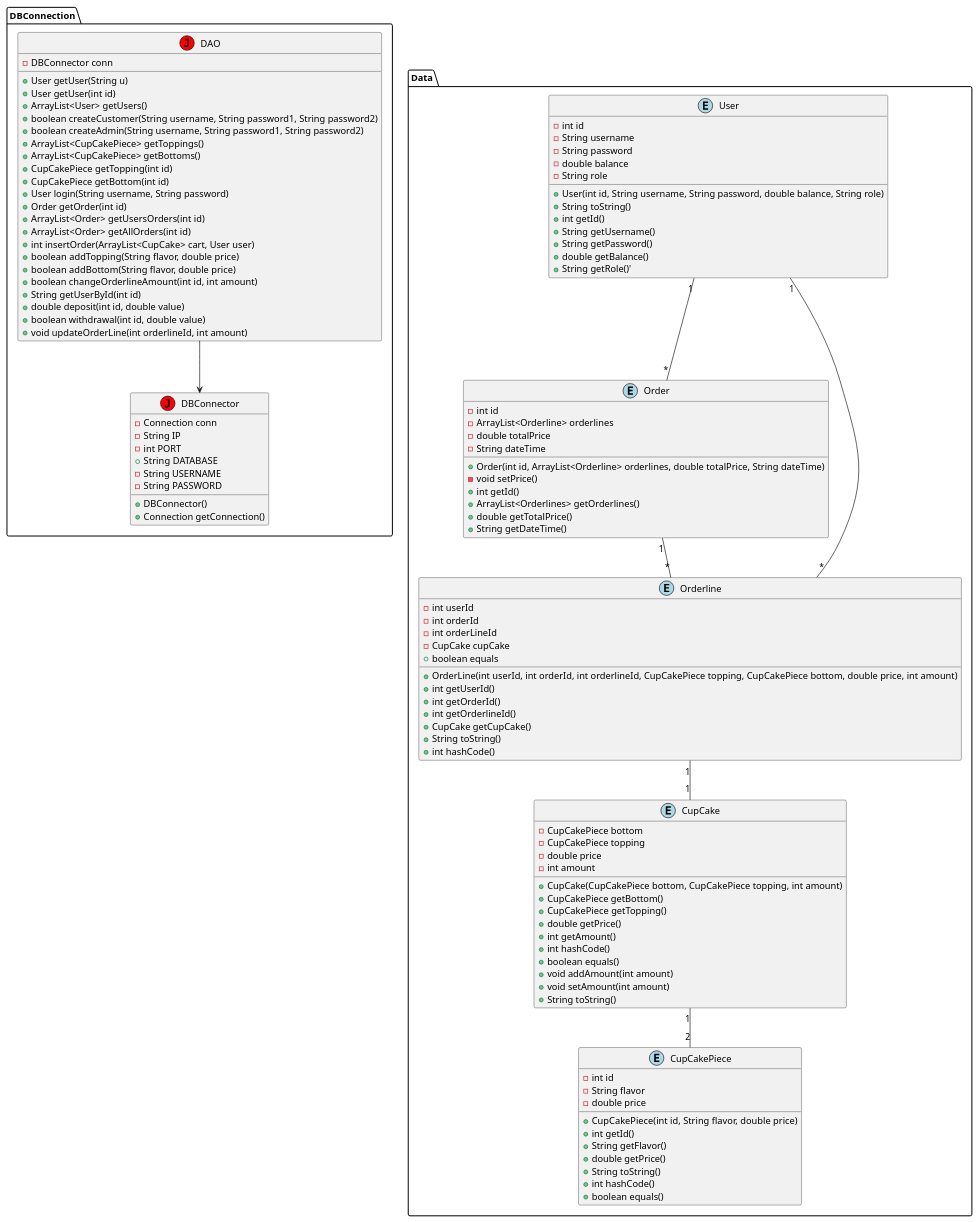
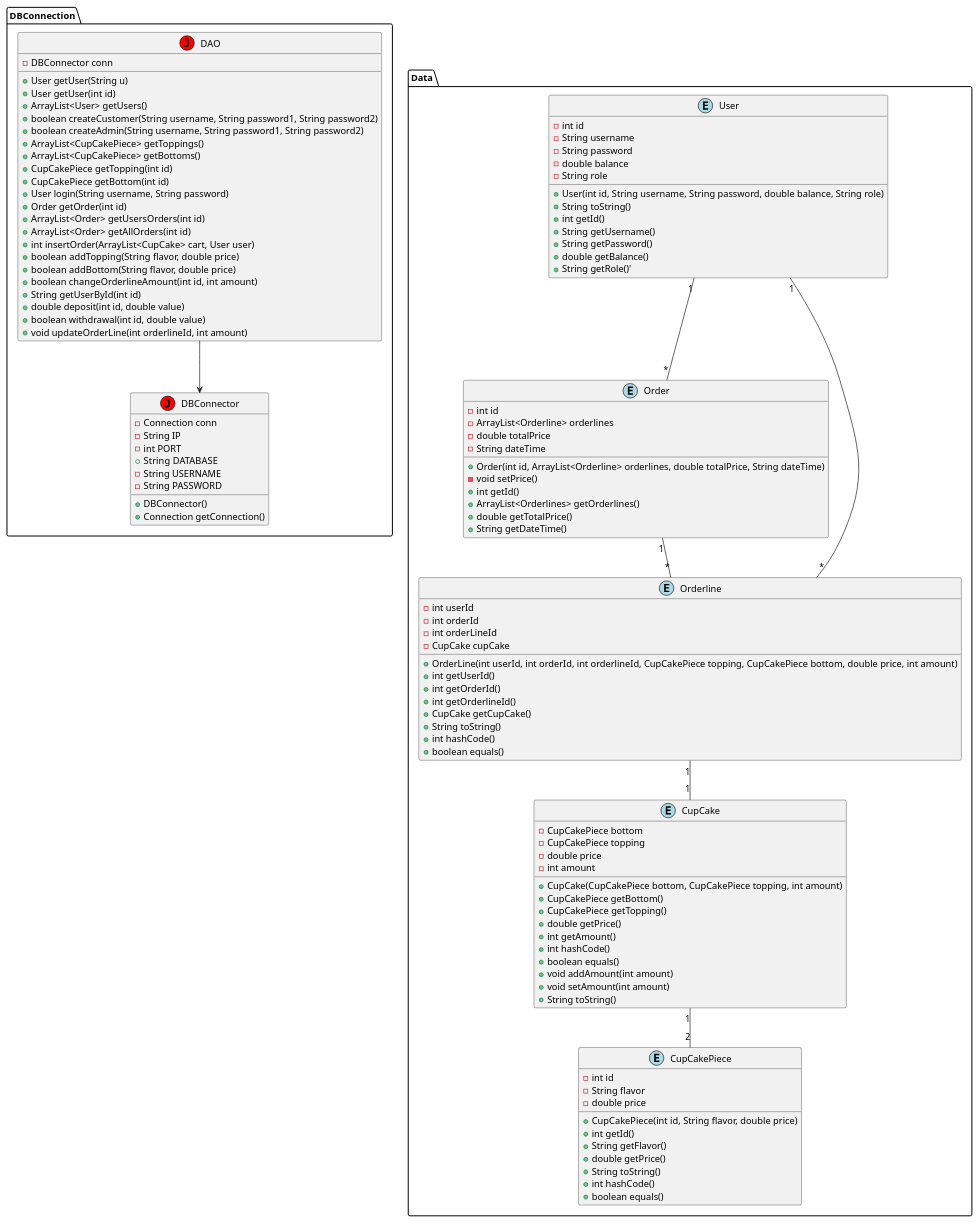
One commit to NikolajX4000/CupCakeWebShop changed the diagram in src/main/java/UML/ClassDiagram.puml. Above: the diagram before and after it, drawn with PlantUML.

```diff
--- a/src/main/java/UML/ClassDiagram.puml
+++ b/src/main/java/UML/ClassDiagram.puml
@@ -1,111 +1,113 @@
 @startuml
+
+skinparam shadowing false
 
 package DBConnection{
 class DAO << (J,red) >>
 class DBConnector << (J,red) >>
 }
 package Data{
 class CupCake << (E,lightblue) >>
 class CupCakePiece << (E,lightblue) >>
 class Order << (E,lightblue) >>
 class Orderline << (E,lightblue) >>
 class User << (E,lightblue) >>
 }
 
 CupCake : - CupCakePiece bottom
 CupCake : - CupCakePiece topping
 CupCake : - double price
 CupCake : - int amount
 CupCake : + CupCake(CupCakePiece bottom, CupCakePiece topping, int amount)
 CupCake : + CupCakePiece getBottom()
 CupCake : + CupCakePiece getTopping()
 CupCake : + double getPrice()
 CupCake : + int getAmount()
 CupCake : + int hashCode()
 CupCake : + boolean equals()
 CupCake : + void addAmount(int amount)
 CupCake : + void setAmount(int amount)
 CupCake : + String toString()
 CupCakePiece : - int id
 CupCakePiece : - String flavor
 CupCakePiece : - double price
 CupCakePiece : + CupCakePiece(int id, String flavor, double price)
 CupCakePiece : + int getId()
 CupCakePiece : + String getFlavor()
 CupCakePiece : + double getPrice()
 CupCakePiece : + String toString()
 CupCakePiece : + int hashCode()
 CupCakePiece : + boolean equals()
 Order : - int id
 Order : - ArrayList<Orderline> orderlines
 Order : - double totalPrice
 Order : - String dateTime
 Order : + Order(int id, ArrayList<Orderline> orderlines, double totalPrice, String dateTime)
 Order : - void setPrice()
 Order : + int getId()
 Order : + ArrayList<Orderlines> getOrderlines()
 Order : + double getTotalPrice()
 Order : + String getDateTime()
 Orderline : - int userId
 Orderline : - int orderId
 Orderline : - int orderLineId
 Orderline : - CupCake cupCake
 Orderline : + OrderLine(int userId, int orderId, int orderlineId, CupCakePiece topping, CupCakePiece bottom, double price, int amount)
 Orderline : + int getUserId()
 Orderline : + int getOrderId()
 Orderline : + int getOrderlineId()
 Orderline : + CupCake getCupCake()
 Orderline : + String toString()
 Orderline : + int hashCode()
-Orderline : + boolean equals
+Orderline : + boolean equals()
 User : - int id
 User : - String username
 User : - String password
 User : - double balance
 User : - String role
 User : + User(int id, String username, String password, double balance, String role)
 User : + String toString()
 User : + int getId()
 User : + String getUsername()
 User : + String getPassword()
 User : + double getBalance()
 User : + String getRole()'
 DAO : - DBConnector conn
 DAO : + User getUser(String u)
 DAO : + User getUser(int id)
 DAO : + ArrayList<User> getUsers()
 DAO : + boolean createCustomer(String username, String password1, String password2)
 DAO : + boolean createAdmin(String username, String password1, String password2)
 DAO : + ArrayList<CupCakePiece> getToppings()
 DAO : + ArrayList<CupCakePiece> getBottoms()
 DAO : + CupCakePiece getTopping(int id)
 DAO : + CupCakePiece getBottom(int id)
 DAO : + User login(String username, String password)
 DAO : + Order getOrder(int id)
 DAO : + ArrayList<Order> getUsersOrders(int id)
 DAO : + ArrayList<Order> getAllOrders(int id)
 DAO : + int insertOrder(ArrayList<CupCake> cart, User user)
 DAO : + boolean addTopping(String flavor, double price)
 DAO : + boolean addBottom(String flavor, double price)
 DAO : + boolean changeOrderlineAmount(int id, int amount)
 DAO : + String getUserById(int id)
 DAO : + double deposit(int id, double value)
 DAO : + boolean withdrawal(int id, double value)
 DAO : + void updateOrderLine(int orderlineId, int amount)
 DBConnector : - Connection conn
 DBConnector : - String IP
 DBConnector : - int PORT
 DBConnector : + String DATABASE
 DBConnector : - String USERNAME
 DBConnector : - String PASSWORD
 DBConnector : + DBConnector()
 DBConnector : + Connection getConnection()
 
 CupCake "1" -- "2" CupCakePiece
 Order "1" -- "*" Orderline
 Orderline "1" -- "1" CupCake
 User "1" -- "*" Order
 User "1" -- "*" Orderline
 DAO --> DBConnector
 
 @enduml
```
